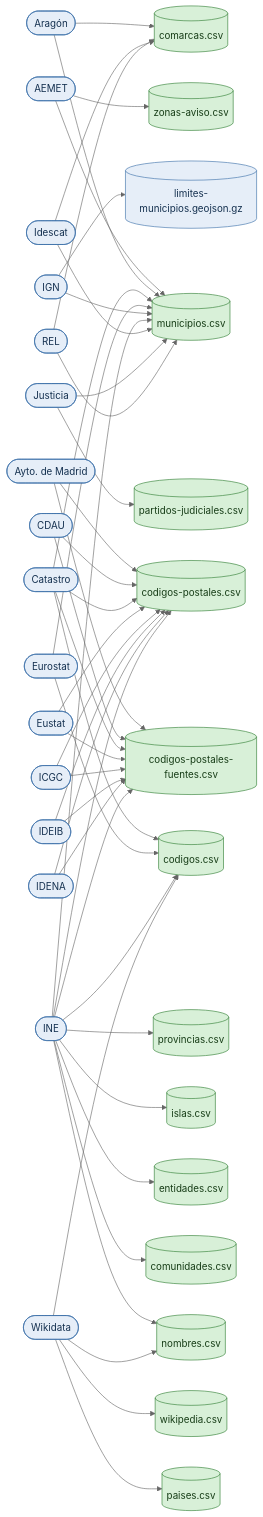
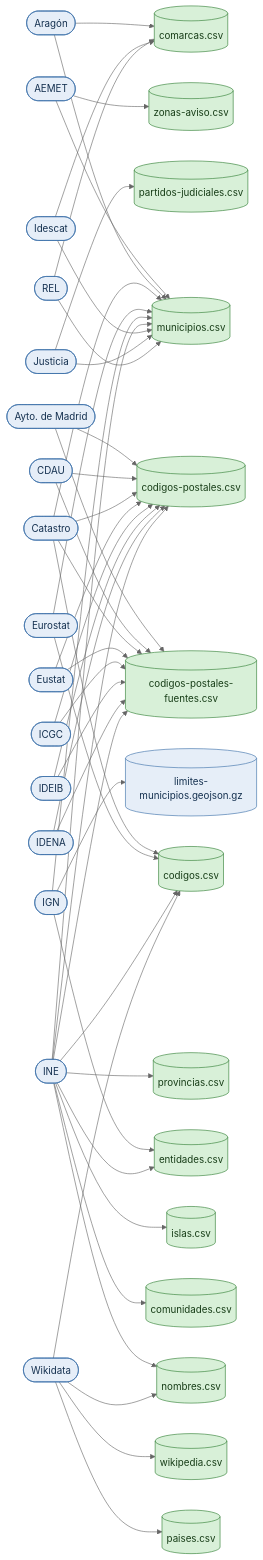
One commit to alertapublica/territorios-es changed the fifth of 6 diagrams in docs/estado.md. Above: the diagram before and after it, drawn with Mermaid (neutral theme). The commit also changed other lines of this file and 28 other files, not shown here.

````diff
--- a/docs/estado.md
+++ b/docs/estado.md
@@ -226,81 +226,82 @@
 ```mermaid
 flowchart LR
   accTitle: Fuentes
   o_AEMET(["AEMET"]):::box
   o_Aragón(["Aragón"]):::box
   o_Ayto__de_Madrid(["Ayto. de Madrid"]):::box
   o_CDAU(["CDAU"]):::box
   o_Catastro(["Catastro"]):::box
   o_Eurostat(["Eurostat"]):::box
   o_Eustat(["Eustat"]):::box
   o_ICGC(["ICGC"]):::box
   o_IDEIB(["IDEIB"]):::box
   o_IDENA(["IDENA"]):::box
   o_IGN(["IGN"]):::box
   o_INE(["INE"]):::box
   o_Idescat(["Idescat"]):::box
   o_Justicia(["Justicia"]):::box
   o_REL(["REL"]):::box
   o_Wikidata(["Wikidata"]):::box
   f_codigos_postales_fuentes_csv[("codigos-postales-fuentes.csv")]:::done
   f_codigos_postales_csv[("codigos-postales.csv")]:::done
   f_codigos_csv[("codigos.csv")]:::done
   f_comarcas_csv[("comarcas.csv")]:::done
   f_comunidades_csv[("comunidades.csv")]:::done
   f_entidades_csv[("entidades.csv")]:::done
   f_islas_csv[("islas.csv")]:::done
   f_limites_municipios_geojson_gz[("limites-municipios.geojson.gz")]:::box
   f_municipios_csv[("municipios.csv")]:::done
   f_nombres_csv[("nombres.csv")]:::done
   f_paises_csv[("paises.csv")]:::done
   f_partidos_judiciales_csv[("partidos-judiciales.csv")]:::done
   f_provincias_csv[("provincias.csv")]:::done
   f_wikipedia_csv[("wikipedia.csv")]:::done
   f_zonas_aviso_csv[("zonas-aviso.csv")]:::done
   o_AEMET --> f_municipios_csv
   o_AEMET --> f_zonas_aviso_csv
   o_Aragón --> f_comarcas_csv
   o_Aragón --> f_municipios_csv
   o_Ayto__de_Madrid --> f_codigos_postales_fuentes_csv
   o_Ayto__de_Madrid --> f_codigos_postales_csv
   o_CDAU --> f_codigos_postales_fuentes_csv
   o_CDAU --> f_codigos_postales_csv
   o_Catastro --> f_codigos_postales_fuentes_csv
   o_Catastro --> f_codigos_postales_csv
   o_Catastro --> f_codigos_csv
   o_Catastro --> f_municipios_csv
   o_Eurostat --> f_codigos_csv
   o_Eurostat --> f_municipios_csv
   o_Eustat --> f_codigos_postales_fuentes_csv
   o_Eustat --> f_codigos_postales_csv
   o_ICGC --> f_codigos_postales_fuentes_csv
   o_ICGC --> f_codigos_postales_csv
   o_IDEIB --> f_codigos_postales_fuentes_csv
   o_IDEIB --> f_codigos_postales_csv
   o_IDENA --> f_codigos_postales_fuentes_csv
   o_IDENA --> f_codigos_postales_csv
+  o_IGN --> f_entidades_csv
   o_IGN --> f_limites_municipios_geojson_gz
   o_IGN --> f_municipios_csv
   o_INE --> f_codigos_postales_fuentes_csv
   o_INE --> f_codigos_postales_csv
   o_INE --> f_codigos_csv
   o_INE --> f_comunidades_csv
   o_INE --> f_entidades_csv
   o_INE --> f_islas_csv
   o_INE --> f_municipios_csv
   o_INE --> f_nombres_csv
   o_INE --> f_provincias_csv
   o_Idescat --> f_comarcas_csv
   o_Idescat --> f_municipios_csv
   o_Justicia --> f_municipios_csv
   o_Justicia --> f_partidos_judiciales_csv
   o_REL --> f_comarcas_csv
   o_REL --> f_municipios_csv
   o_Wikidata --> f_codigos_csv
   o_Wikidata --> f_nombres_csv
   o_Wikidata --> f_paises_csv
   o_Wikidata --> f_wikipedia_csv
   classDef done fill:#d8f0d8,stroke:#2e7d32,color:#173d17
   classDef todo fill:#fdecc8,stroke:#b26a00,color:#4a2c00,stroke-dasharray:4 3
   classDef box fill:#e6eef8,stroke:#3b6ea8,color:#14304f
 ```
````
